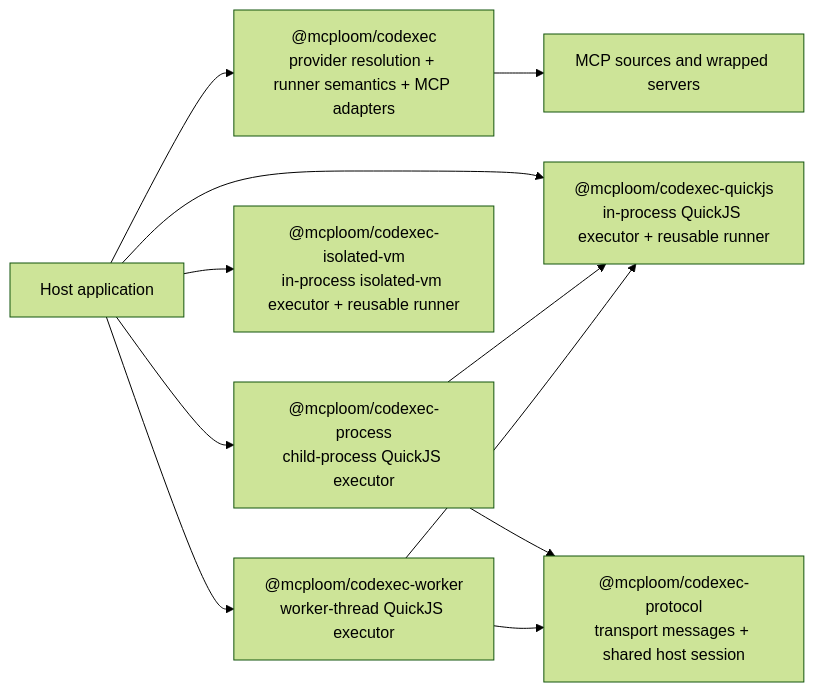
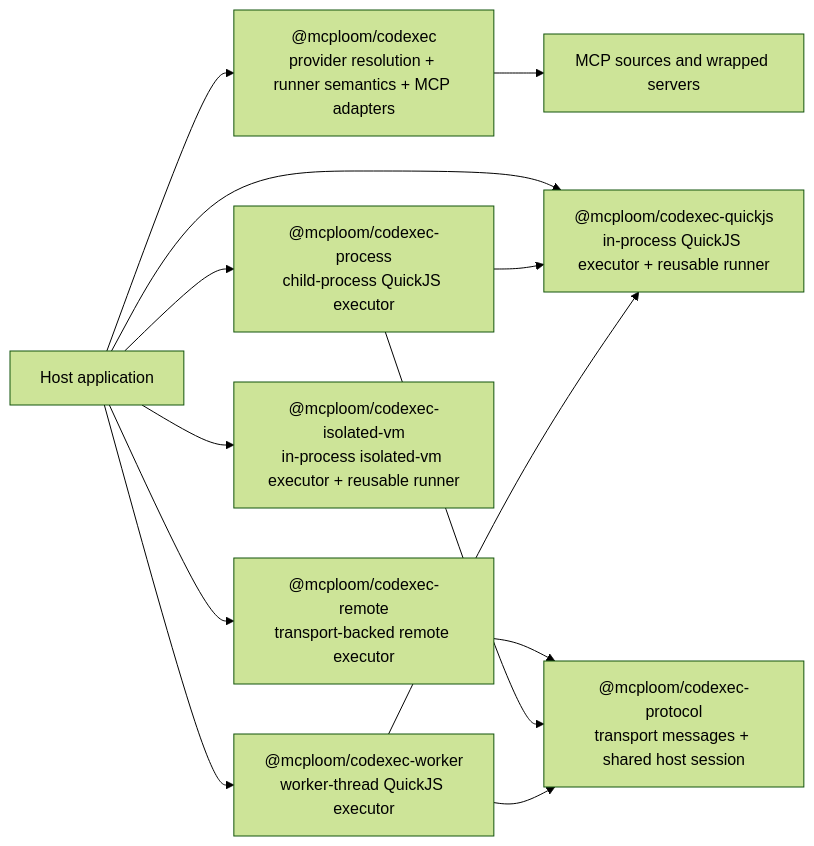
Before and after one commit to aallam/mcploom: the first of 3 diagrams in docs/codexec/architecture/README.md, drawn with Mermaid (forest theme). The commit also changed other lines of this file and 36 other files, not shown here.

Commit message:
feat(codexec): add remote executor boundary (#19)

````diff
--- a/docs/codexec/architecture/README.md
+++ b/docs/codexec/architecture/README.md
@@ -19,22 +19,25 @@
 ```mermaid
 flowchart LR
     APP["Host application"]
     CORE["@mcploom/codexec<br/>provider resolution + runner semantics + MCP adapters"]
     QJS["@mcploom/codexec-quickjs<br/>in-process QuickJS executor + reusable runner"]
+    REM["@mcploom/codexec-remote<br/>transport-backed remote executor"]
     PROC["@mcploom/codexec-process<br/>child-process QuickJS executor"]
     IVM["@mcploom/codexec-isolated-vm<br/>in-process isolated-vm executor + reusable runner"]
     PROTO["@mcploom/codexec-protocol<br/>transport messages + shared host session"]
     WORKER["@mcploom/codexec-worker<br/>worker-thread QuickJS executor"]
     MCP["MCP sources and wrapped servers"]
 
     APP --> CORE
     APP --> QJS
+    APP --> REM
     APP --> PROC
     APP --> IVM
     APP --> WORKER
     CORE --> MCP
+    REM --> PROTO
     PROC --> PROTO
     WORKER --> PROTO
     PROC --> QJS
     WORKER --> QJS
 ```
````
